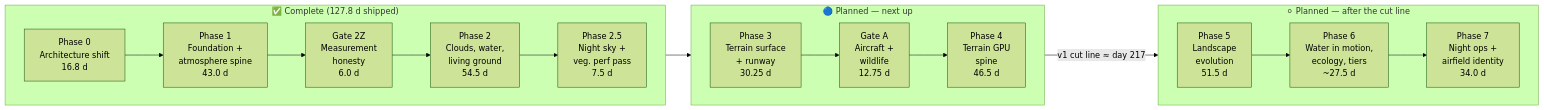
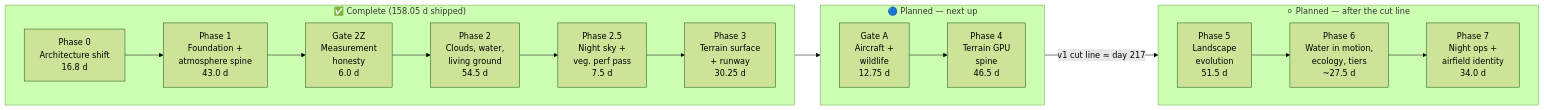
One commit to jazonshou/fly-high changed the first of 2 diagrams in PROJECT_OVERVIEW.md. Above: the diagram before and after it, drawn with Mermaid (forest theme). The commit also changed other lines of this file and 52 other files, not shown here.

First line of the commit message:
Phase 3: the terrain gets a surface, and the runway sits in the ground

````diff
--- a/PROJECT_OVERVIEW.md
+++ b/PROJECT_OVERVIEW.md
@@ -41,22 +41,22 @@
 ```mermaid
 flowchart LR
-    subgraph done["✅ Complete (127.8 d shipped)"]
+    subgraph done["✅ Complete (158.05 d shipped)"]
         direction LR
         P0["Phase 0<br/>Architecture shift<br/>16.8 d"] --> P1["Phase 1<br/>Foundation +<br/>atmosphere spine<br/>43.0 d"]
         P1 --> G2Z["Gate 2Z<br/>Measurement<br/>honesty<br/>6.0 d"]
         G2Z --> P2["Phase 2<br/>Clouds, water,<br/>living ground<br/>54.5 d"]
         P2 --> P25["Phase 2.5<br/>Night sky +<br/>veg. perf pass<br/>7.5 d"]
+        P25 --> P3["Phase 3<br/>Terrain surface<br/>+ runway<br/>30.25 d"]
     end
     subgraph next["🔵 Planned — next up"]
         direction LR
-        P3["Phase 3<br/>Terrain surface<br/>+ runway<br/>30.25 d"] --> GA["Gate A<br/>Aircraft +<br/>wildlife<br/>12.75 d"]
-        GA --> P4["Phase 4<br/>Terrain GPU<br/>spine<br/>46.5 d"]
+        GA["Gate A<br/>Aircraft +<br/>wildlife<br/>12.75 d"] --> P4["Phase 4<br/>Terrain GPU<br/>spine<br/>46.5 d"]
     end
     subgraph later["⚪ Planned — after the cut line"]
         direction LR
         P5["Phase 5<br/>Landscape<br/>evolution<br/>51.5 d"] --> P6["Phase 6<br/>Water in motion,<br/>ecology, tiers<br/>~27.5 d"]
         P6 --> P7["Phase 7<br/>Night ops +<br/>airfield identity<br/>34.0 d"]
     end
-    P25 --> P3
+    P3 --> GA
     P4 -->|"v1 cut line ≈ day 217"| P5
 ```
````
